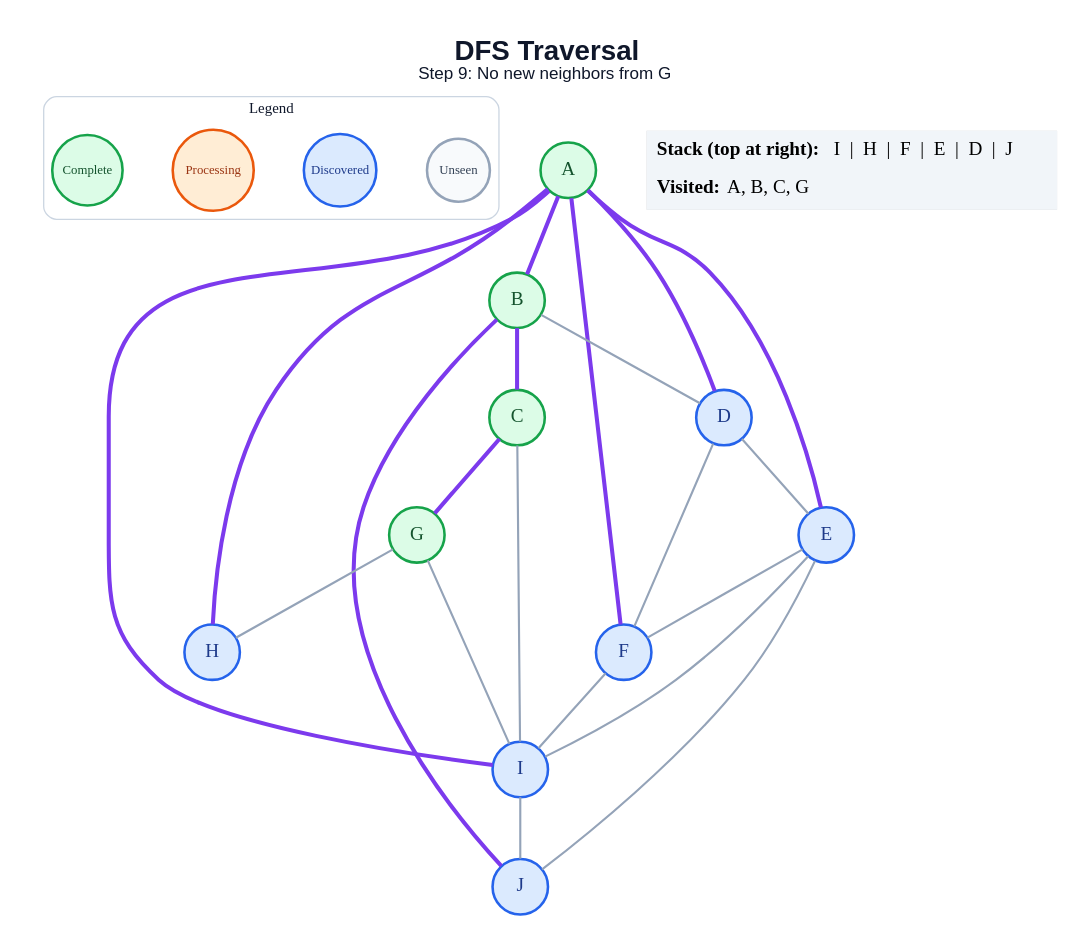
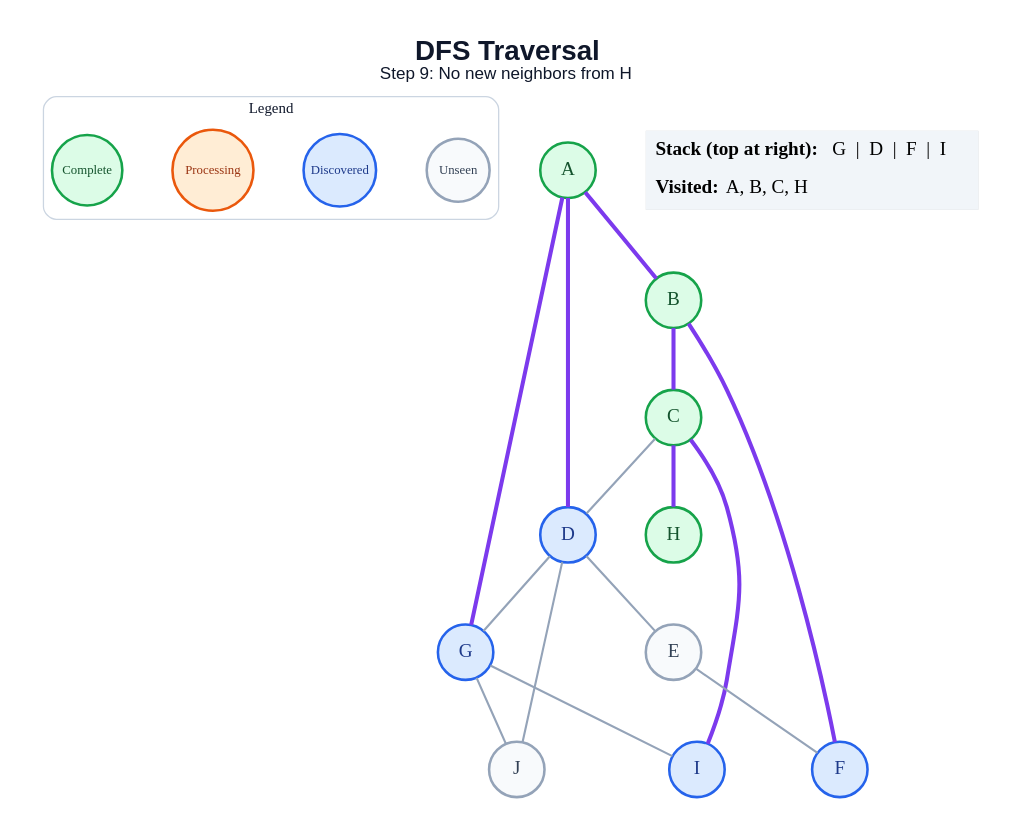
One commit to anon7238593-create/ai-slop changed the diagram in generated/dfs/step_09.dot. Above: the diagram before and after it, drawn with Graphviz. The commit also changed 178 other files, not shown here.

```diff
--- a/generated/dfs/step_09.dot
+++ b/generated/dfs/step_09.dot
@@ -1,49 +1,43 @@
 graph traversal {
   graph [layout=dot, rankdir=TB, bgcolor="#FFFFFF", pad="0.35", nodesep="0.65", ranksep="0.8", fontname="Arial"];
   node [shape=circle, style="filled", fontname="Arial Bold", fontsize=18, width=0.72, fixedsize=true, penwidth=2.4];
   edge [color="#94A3B8", penwidth=2.0];
-  label=<<B>DFS Traversal</B><BR/><FONT POINT-SIZE="16">Step 9: No new neighbors from G</FONT>>; labelloc="t"; fontsize=26; fontname="Arial"; fontcolor="#0F172A";
+  label=<<B>DFS Traversal</B><BR/><FONT POINT-SIZE="16">Step 9: No new neighbors from H</FONT>>; labelloc="t"; fontsize=26; fontname="Arial"; fontcolor="#0F172A";
   subgraph cluster_legend { label="Legend"; color="#CBD5E1"; penwidth=1.2; style="rounded"; fontsize=14; fontname="Arial Bold";
     key_unseen [label="Unseen", fillcolor="#F8FAFC", color="#94A3B8", fontcolor="#334155", fontsize=12, width=0.82];
     key_frontier [label="Discovered", fillcolor="#DBEAFE", color="#2563EB", fontcolor="#1E3A8A", fontsize=12, width=0.95];
     key_current [label="Processing", fillcolor="#FFEDD5", color="#EA580C", fontcolor="#9A3412", fontsize=12, width=1.05];
     key_done [label="Complete", fillcolor="#DCFCE7", color="#16A34A", fontcolor="#14532D", fontsize=12, width=0.92];
     { rank=same; key_unseen; key_frontier; key_current; key_done; }
   }
   A [fillcolor="#DCFCE7", color="#16A34A", fontcolor="#14532D"];
   B [fillcolor="#DCFCE7", color="#16A34A", fontcolor="#14532D"];
   C [fillcolor="#DCFCE7", color="#16A34A", fontcolor="#14532D"];
   D [fillcolor="#DBEAFE", color="#2563EB", fontcolor="#1E3A8A"];
-  E [fillcolor="#DBEAFE", color="#2563EB", fontcolor="#1E3A8A"];
+  E [fillcolor="#F8FAFC", color="#94A3B8", fontcolor="#334155"];
   F [fillcolor="#DBEAFE", color="#2563EB", fontcolor="#1E3A8A"];
-  G [fillcolor="#DCFCE7", color="#16A34A", fontcolor="#14532D"];
-  H [fillcolor="#DBEAFE", color="#2563EB", fontcolor="#1E3A8A"];
+  G [fillcolor="#DBEAFE", color="#2563EB", fontcolor="#1E3A8A"];
+  H [fillcolor="#DCFCE7", color="#16A34A", fontcolor="#14532D"];
   I [fillcolor="#DBEAFE", color="#2563EB", fontcolor="#1E3A8A"];
-  J [fillcolor="#DBEAFE", color="#2563EB", fontcolor="#1E3A8A"];
+  J [fillcolor="#F8FAFC", color="#94A3B8", fontcolor="#334155"];
   A -- B [color="#7C3AED", penwidth=3.8];
   A -- D [color="#7C3AED", penwidth=3.8];
-  A -- E [color="#7C3AED", penwidth=3.8];
-  A -- F [color="#7C3AED", penwidth=3.8];
-  A -- H [color="#7C3AED", penwidth=3.8];
-  A -- I [color="#7C3AED", penwidth=3.8];
+  A -- G [color="#7C3AED", penwidth=3.8];
   B -- C [color="#7C3AED", penwidth=3.8];
-  B -- D;
-  B -- J [color="#7C3AED", penwidth=3.8];
-  C -- G [color="#7C3AED", penwidth=3.8];
-  C -- I;
+  B -- F [color="#7C3AED", penwidth=3.8];
+  C -- D;
+  C -- H [color="#7C3AED", penwidth=3.8];
+  C -- I [color="#7C3AED", penwidth=3.8];
   D -- E;
-  D -- F;
+  D -- G;
+  D -- J;
   E -- F;
-  E -- I;
-  E -- J;
-  F -- I;
-  G -- H;
   G -- I;
-  I -- J;
+  G -- J;
   status [shape=plain, fixedsize=false, width=0, height=0, margin=0, label=<
     <TABLE BORDER="0" CELLBORDER="0" CELLPADDING="7" BGCOLOR="#F1F5F9">
-      <TR><TD ALIGN="LEFT"><B>Stack (top at right):</B> I  |  H  |  F  |  E  |  D  |  J</TD></TR>
-      <TR><TD ALIGN="LEFT"><B>Visited:</B> A, B, C, G</TD></TR>
+      <TR><TD ALIGN="LEFT"><B>Stack (top at right):</B> G  |  D  |  F  |  I</TD></TR>
+      <TR><TD ALIGN="LEFT"><B>Visited:</B> A, B, C, H</TD></TR>
     </TABLE>
   >];
 }
```
